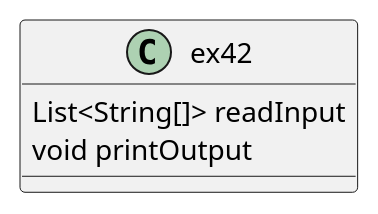
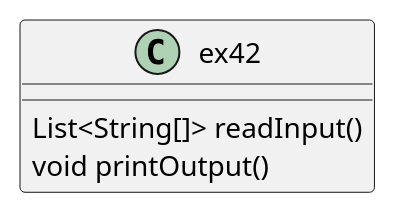
Before and after one commit to rachelsch1/schwarz-cop3330-assignment3: the diagram in src/main/java/assignment3/ex42/base/ex42.puml, drawn with PlantUML. The commit also changed 3 other files, not shown here.

```diff
--- a/src/main/java/assignment3/ex42/base/ex42.puml
+++ b/src/main/java/assignment3/ex42/base/ex42.puml
@@ -1,8 +1,8 @@
 @startuml
 'https://plantuml.com/sequence-diagram
 
 class ex42 {
-List<String[]> readInput
-void printOutput
+List<String[]> readInput()
+void printOutput()
 }
 @enduml
```
